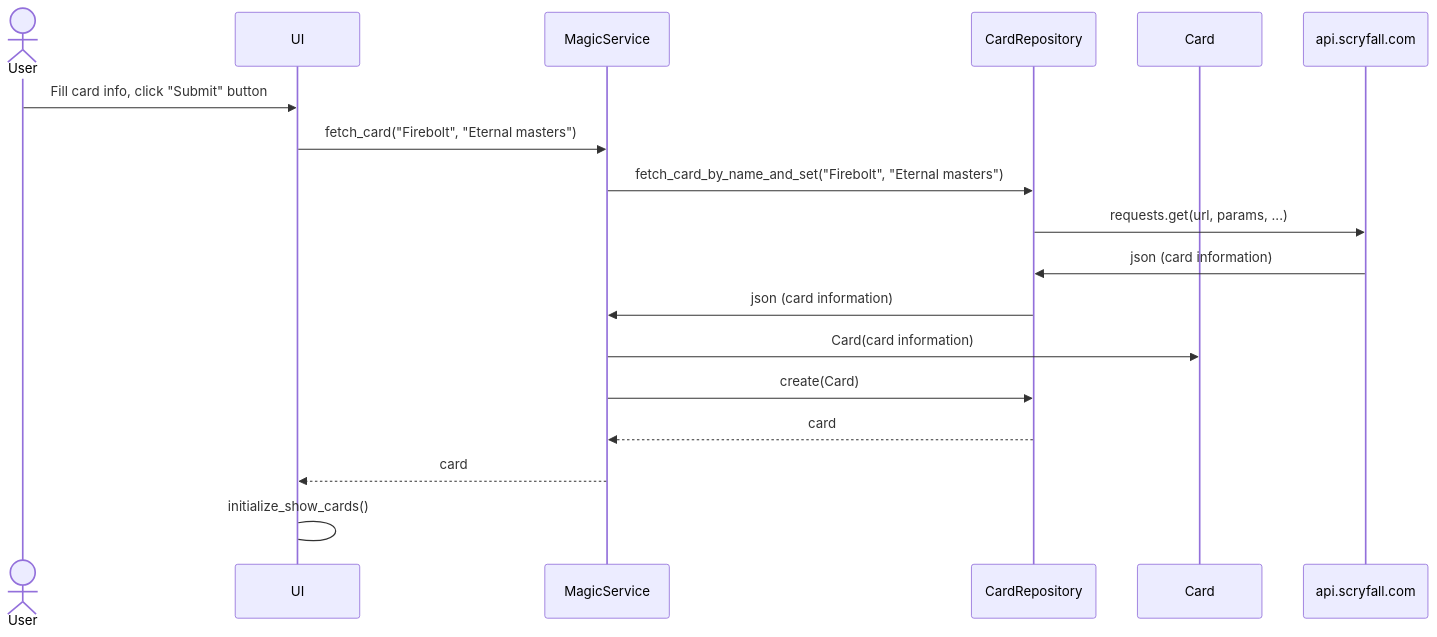
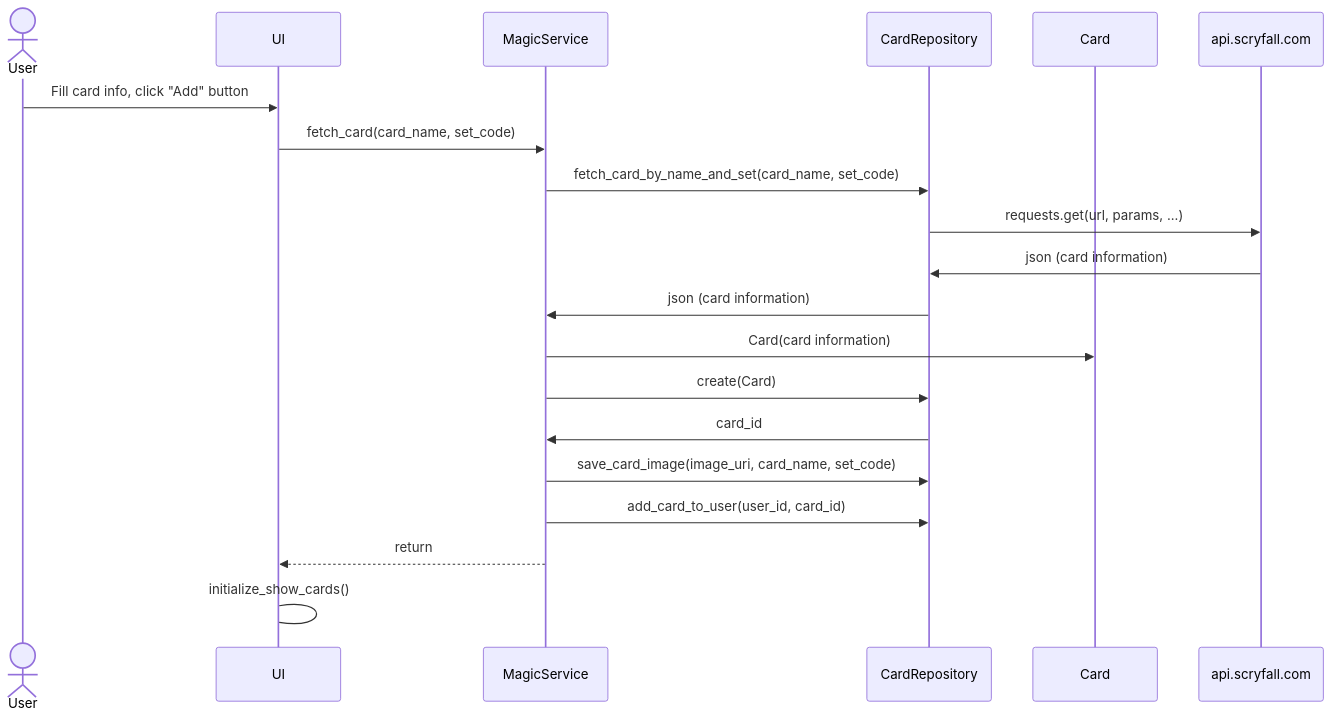
One commit to jtpcode/ot-harjoitustyo changed the first of 2 diagrams in Documentation/architecture.md. Above: the diagram before and after it, drawn with Mermaid. The commit also changed other lines of this file and 4 other files, not shown here.

````diff
--- a/Documentation/architecture.md
+++ b/Documentation/architecture.md
@@ -39,20 +43,22 @@
 ```mermaid
 sequenceDiagram
   actor User
   participant UI
   participant MagicService
   participant CardRepository
   participant Card
   participant api.scryfall.com
-  User->>UI: Fill card info, click "Submit" button
-  UI->>MagicService: fetch_card("Firebolt", "Eternal masters")
-  MagicService->>CardRepository: fetch_card_by_name_and_set("Firebolt", "Eternal masters")
+  User->>UI: Fill card info, click "Add" button
+  UI->>MagicService: fetch_card(card_name, set_code)
+  MagicService->>CardRepository: fetch_card_by_name_and_set(card_name, set_code)
   CardRepository->>api.scryfall.com: requests.get(url, params, ...)
   api.scryfall.com->>CardRepository: json (card information)
   CardRepository->>MagicService: json (card information)
   MagicService->>Card: Card(card information)
   MagicService->>CardRepository: create(Card)
-  CardRepository-->>MagicService: card
-  MagicService-->>UI: card
+  CardRepository->>MagicService: card_id
+  MagicService->>CardRepository: save_card_image(image_uri, card_name, set_code)
+  MagicService->>CardRepository: add_card_to_user(user_id, card_id)
+  MagicService-->>UI: return
   UI->UI: initialize_show_cards()
 ```
````
